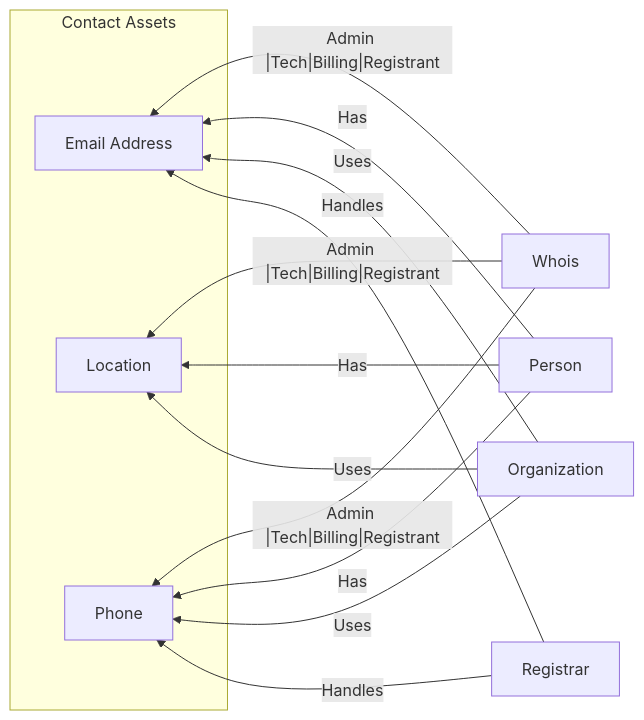
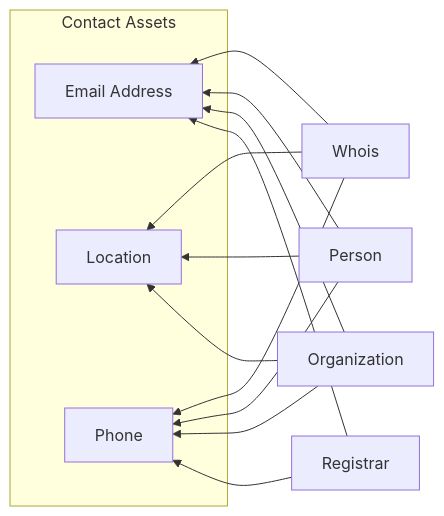
One commit to owasp-amass/docs changed the diagram in docs/open-asset-model/contact.md. Above: the diagram before and after it, drawn with Mermaid.

````diff
--- a/docs/open-asset-model/contact.md
+++ b/docs/open-asset-model/contact.md
@@ -1,31 +1,31 @@
 ```mermaid
 graph RL
     %% Main Incoming Relationships
     Whois
     Person
     Organization
     Registrar
 
     %% Contact Assets on the right side
     subgraph "Contact Assets"
         Email[Email Address]
         Location[Location]
         Phone[Phone]
     end
 
     %% Relationships
-    Whois -- Admin |Tech|Billing|Registrant --> Email
-    Whois -- Admin |Tech|Billing|Registrant --> Phone
-    Whois -- Admin |Tech|Billing|Registrant --> Location
+    Whois --> Email
+    Whois --> Phone
+    Whois --> Location
     
-    Person -->|Has| Email
-    Person -->|Has| Phone
-    Person -->|Has| Location
+    Person --> Email
+    Person --> Phone
+    Person --> Location
     
-    Organization -->|Uses| Email
-    Organization -->|Uses| Phone
-    Organization -->|Uses| Location
+    Organization --> Email
+    Organization --> Phone
+    Organization --> Location
 
-    Registrar -->|Handles| Email
-    Registrar -->|Handles| Phone
+    Registrar --> Email
+    Registrar --> Phone
 ```
````
